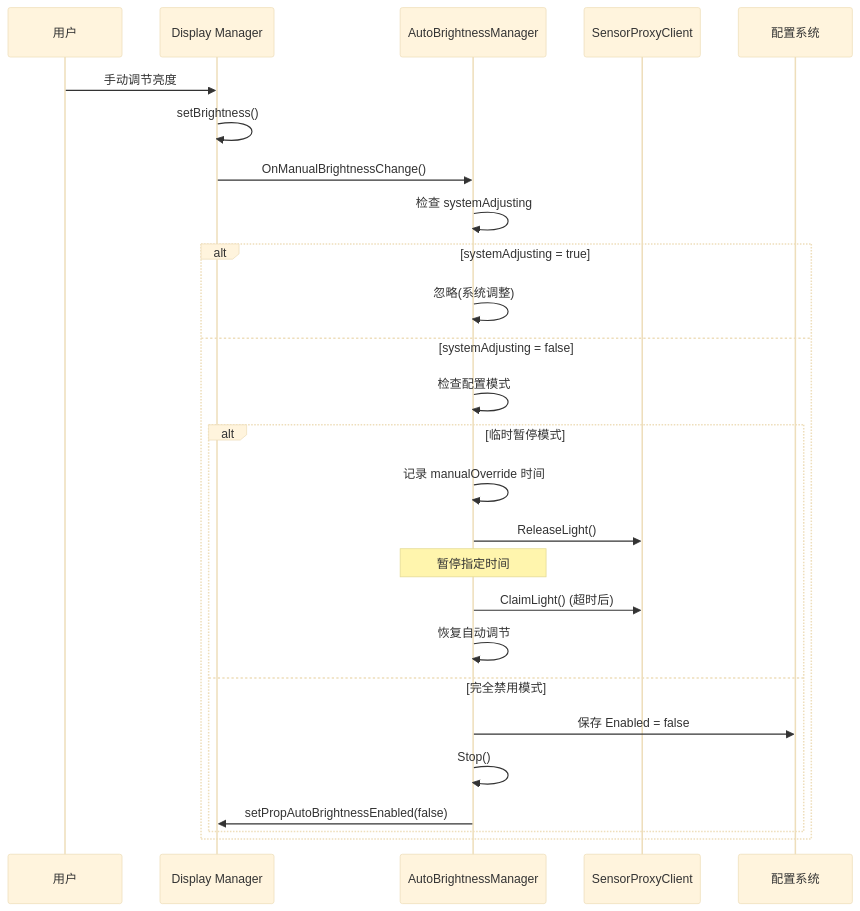
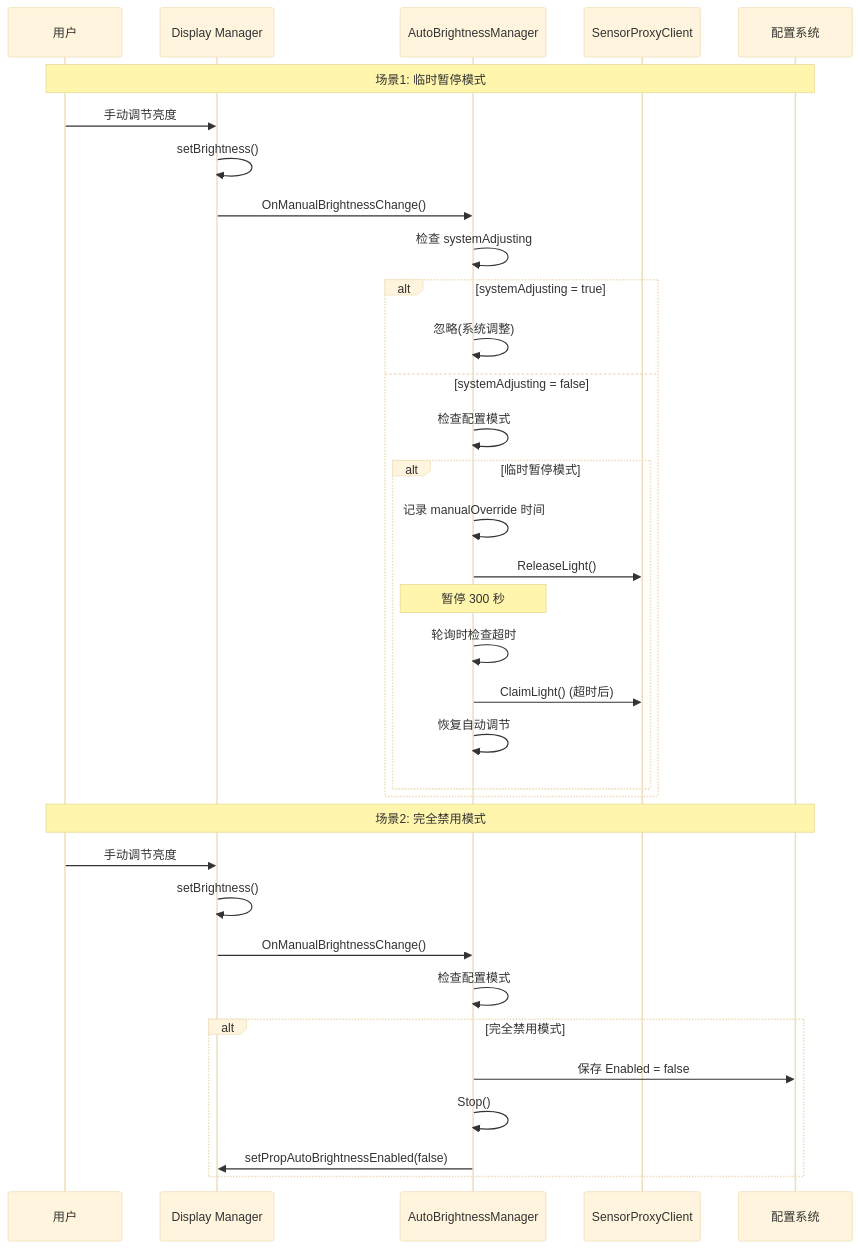
Before and after one commit to linuxdeepin/dde-daemon: diagram 11 of 26 in docs/auto_backlight/auto_brightness_design.md, drawn with Mermaid (base theme). The commit also changed other lines of this file and 21 other files, not shown here.

````diff
--- a/docs/auto_backlight/auto_brightness_design.md
+++ b/docs/auto_backlight/auto_brightness_design.md
@@ -610,29 +708,38 @@
 ```mermaid
 sequenceDiagram
     participant User as 用户
     participant Manager as Display Manager
     participant ABM as AutoBrightnessManager
     participant Sensor as SensorProxyClient
     participant Config as 配置系统
 
+    Note over User,Config: 场景1: 临时暂停模式
     User->>Manager: 手动调节亮度
     Manager->>Manager: setBrightness()
     Manager->>ABM: OnManualBrightnessChange()
     ABM->>ABM: 检查 systemAdjusting
     alt systemAdjusting = true
         ABM->>ABM: 忽略(系统调整)
     else systemAdjusting = false
         ABM->>ABM: 检查配置模式
         alt 临时暂停模式
             ABM->>ABM: 记录 manualOverride 时间
             ABM->>Sensor: ReleaseLight()
-            Note over ABM: 暂停指定时间
+            Note over ABM: 暂停 300 秒
+            ABM->>ABM: 轮询时检查超时
             ABM->>Sensor: ClaimLight() (超时后)
             ABM->>ABM: 恢复自动调节
-        else 完全禁用模式
-            ABM->>Config: 保存 Enabled = false
-            ABM->>ABM: Stop()
-            ABM->>Manager: setPropAutoBrightnessEnabled(false)
         end
     end
+
+    Note over User,Config: 场景2: 完全禁用模式
+    User->>Manager: 手动调节亮度
+    Manager->>Manager: setBrightness()
+    Manager->>ABM: OnManualBrightnessChange()
+    ABM->>ABM: 检查配置模式
+    alt 完全禁用模式
+        ABM->>Config: 保存 Enabled = false
+        ABM->>ABM: Stop()
+        ABM->>Manager: setPropAutoBrightnessEnabled(false)
+    end
 ```
````
